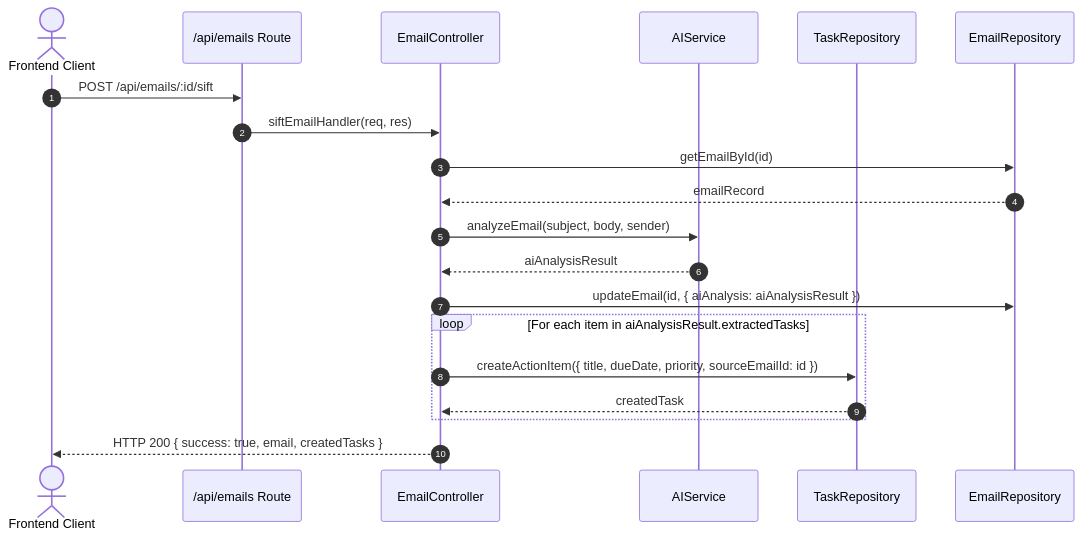
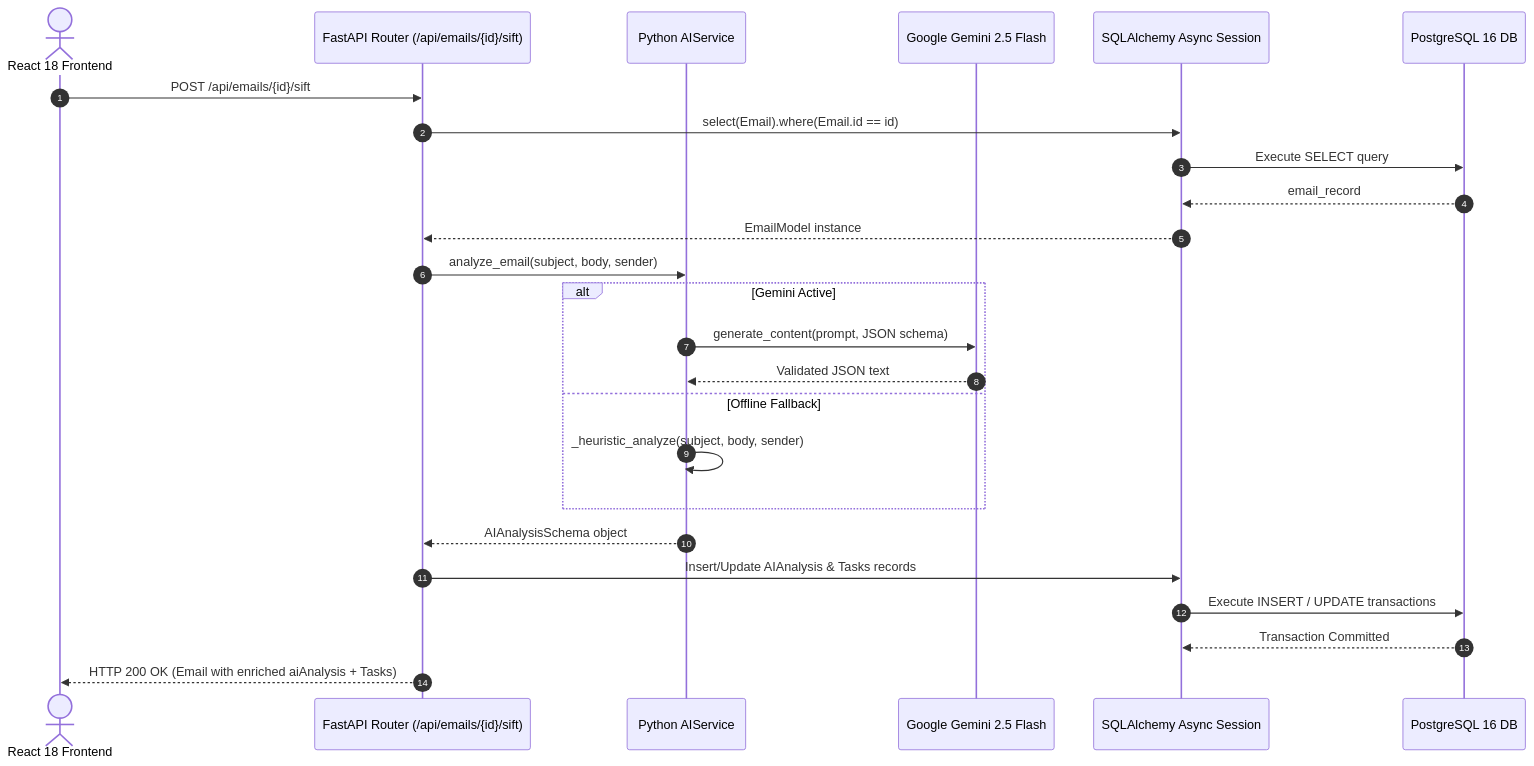
One commit to Techside-Pragyan/SiftMail changed the second of 2 diagrams in doc/LLD.md. Above: the diagram before and after it, drawn with Mermaid. The commit also changed other lines of this file, not shown here.

Commit message:
docs: add low-level design document detailing database models, schemas, and service workflows

````diff
--- a/doc/LLD.md
+++ b/doc/LLD.md
@@ -101,27 +181,31 @@
 ```mermaid
 sequenceDiagram
     autonumber
-    actor Client as Frontend Client
-    participant Router as /api/emails Route
-    participant Controller as EmailController
-    participant AIService as AIService
-    participant TaskRepo as TaskRepository
-    participant DB as EmailRepository
+    actor ReactClient as React 18 Frontend
+    participant FastAPI as FastAPI Router (/api/emails/{id}/sift)
+    participant AIService as Python AIService
+    participant Gemini as Google Gemini 2.5 Flash
+    participant SQLAlchemy as SQLAlchemy Async Session
+    participant Postgres as PostgreSQL 16 DB
 
-    Client->>Router: POST /api/emails/:id/sift
-    Router->>Controller: siftEmailHandler(req, res)
-    Controller->>DB: getEmailById(id)
-    DB-->>Controller: emailRecord
+    ReactClient->>FastAPI: POST /api/emails/{id}/sift
+    FastAPI->>SQLAlchemy: select(Email).where(Email.id == id)
+    SQLAlchemy->>Postgres: Execute SELECT query
+    Postgres-->>SQLAlchemy: email_record
+    SQLAlchemy-->>FastAPI: EmailModel instance
+
+    FastAPI->>AIService: analyze_email(subject, body, sender)
+    alt Gemini Active
+        AIService->>Gemini: generate_content(prompt, JSON schema)
+        Gemini-->>AIService: Validated JSON text
+    else Offline Fallback
+        AIService->>AIService: _heuristic_analyze(subject, body, sender)
+    end
+    AIService-->>FastAPI: AIAnalysisSchema object
+
+    FastAPI->>SQLAlchemy: Insert/Update AIAnalysis & Tasks records
+    SQLAlchemy->>Postgres: Execute INSERT / UPDATE transactions
+    Postgres-->>SQLAlchemy: Transaction Committed
     
-    Controller->>AIService: analyzeEmail(subject, body, sender)
-    AIService-->>Controller: aiAnalysisResult
-    
-    Controller->>DB: updateEmail(id, { aiAnalysis: aiAnalysisResult })
-    
-    loop For each item in aiAnalysisResult.extractedTasks
-        Controller->>TaskRepo: createActionItem({ title, dueDate, priority, sourceEmailId: id })
-        TaskRepo-->>Controller: createdTask
-    end
-    
-    Controller-->>Client: HTTP 200 { success: true, email, createdTasks }
+    FastAPI-->>ReactClient: HTTP 200 OK (Email with enriched aiAnalysis + Tasks)
 ```
````
